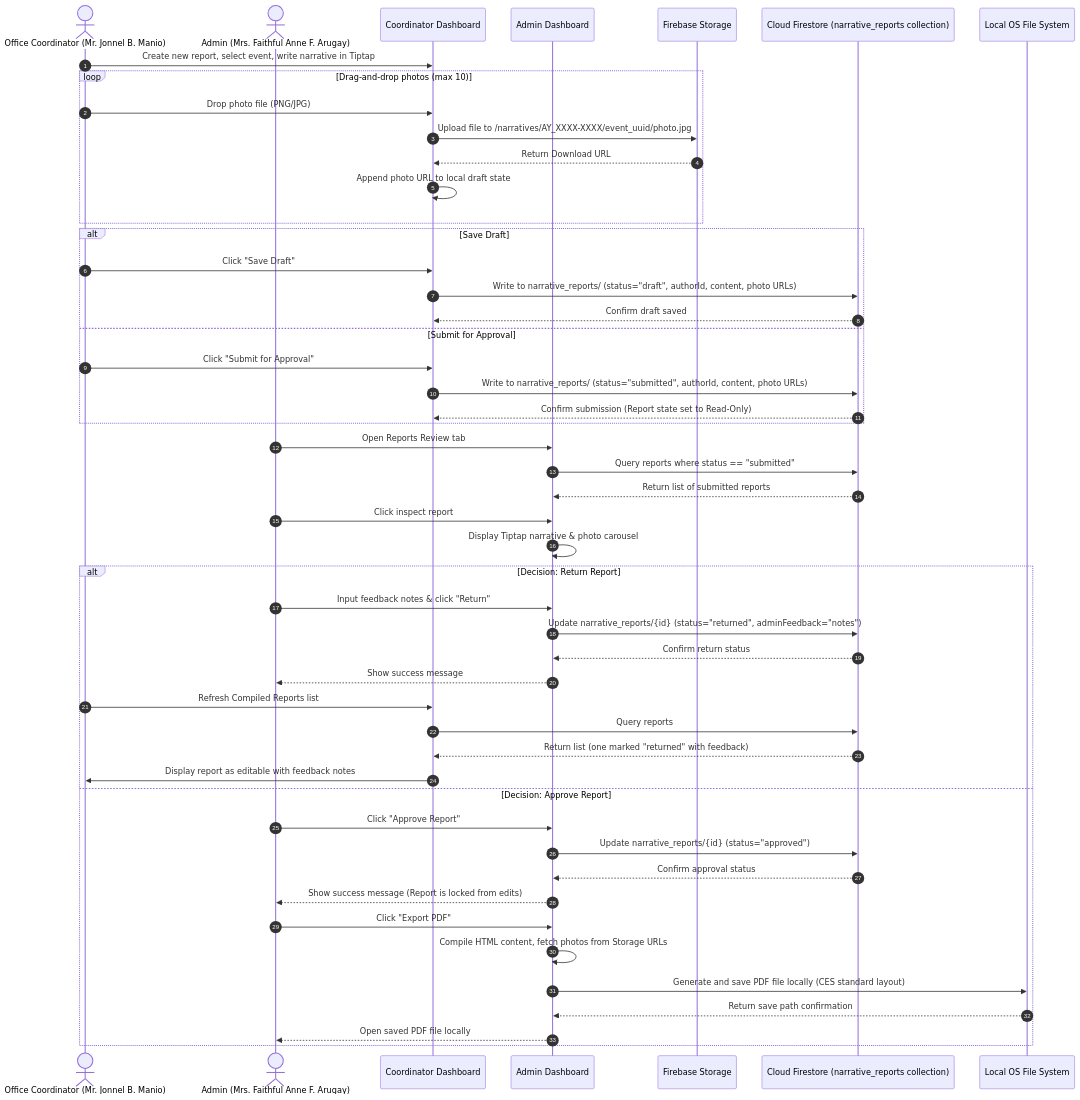
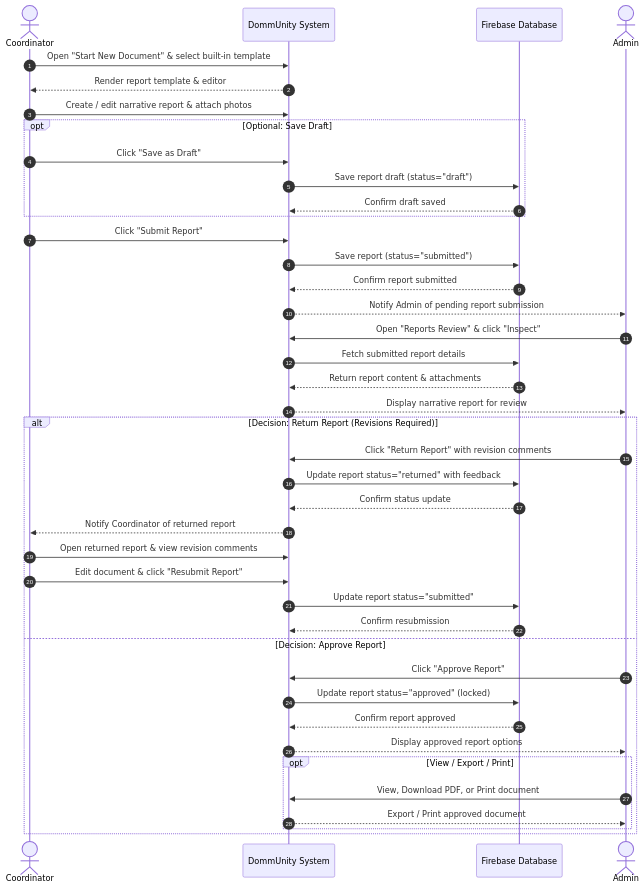
Before and after one commit to BenidictJustin/DESKTOP-APP: the tenth of 10 diagrams in docs/MANUSCRIPT.md, drawn with Mermaid. The commit also changed other lines of this file and 22 other files, not shown here.

Commit message:
Update drawio diagrams, docs, electron main process, components and dashboards

````diff
--- a/docs/MANUSCRIPT.md
+++ b/docs/MANUSCRIPT.md
@@ -923,63 +934,52 @@
 ```mermaid
 sequenceDiagram
     autonumber
-    actor Coord as Office Coordinator (Mr. Jonnel B. Manio)
-    actor Admin as Admin (Mrs. Faithful Anne F. Arugay)
-    participant UI_C as Coordinator Dashboard
-    participant UI_A as Admin Dashboard
-    participant ST as Firebase Storage
-    participant FS as Cloud Firestore (narrative_reports collection)
-    participant Local as Local OS File System
+    actor Coord as Coordinator
+    participant UI as DommUnity System
+    participant FS as Firebase Database
+    actor Admin as Admin
 
-    %% 1. Report Draft & Photo Upload
-    Coord->>UI_C: Create new report, select event, write narrative in Tiptap
-    loop Drag-and-drop photos (max 10)
-        Coord->>UI_C: Drop photo file (PNG/JPG)
-        UI_C->>ST: Upload file to /narratives/AY_XXXX-XXXX/event_uuid/photo.jpg
-        ST-->>UI_C: Return Download URL
-        UI_C->>UI_C: Append photo URL to local draft state
+    %% 1. Document Creation & Editing
+    Coord->>UI: Open "Start New Document" & select built-in template
+    UI-->>Coord: Render report template & editor
+    Coord->>UI: Create / edit narrative report & attach photos
+
+    %% 2. Optional Save as Draft
+    opt Optional: Save Draft
+        Coord->>UI: Click "Save as Draft"
+        UI->>FS: Save report draft (status="draft")
+        FS-->>UI: Confirm draft saved
     end
 
-    %% 2. Save & Submit
-    alt Save Draft
-        Coord->>UI_C: Click "Save Draft"
-        UI_C->>FS: Write to narrative_reports/ (status="draft", authorId, content, photo URLs)
-        FS-->>UI_C: Confirm draft saved
-    else Submit for Approval
-        Coord->>UI_C: Click "Submit for Approval"
-        UI_C->>FS: Write to narrative_reports/ (status="submitted", authorId, content, photo URLs)
-        FS-->>UI_C: Confirm submission (Report state set to Read-Only)
-    end
+    %% 3. Report Submission
+    Coord->>UI: Click "Submit Report"
+    UI->>FS: Save report (status="submitted")
+    FS-->>UI: Confirm report submitted
+    UI-->>Admin: Notify Admin of pending report submission
 
-    %% 3. Admin Review Queue
-    Admin->>UI_A: Open Reports Review tab
-    UI_A->>FS: Query reports where status == "submitted"
-    FS-->>UI_A: Return list of submitted reports
-    Admin->>UI_A: Click inspect report
-    UI_A->>UI_A: Display Tiptap narrative & photo carousel
+    %% 4. Admin Review & Decision
+    Admin->>UI: Open "Reports Review" & click "Inspect"
+    UI->>FS: Fetch submitted report details
+    FS-->>UI: Return report content & attachments
+    UI-->>Admin: Display narrative report for review
 
-    %% 4. Review Decisions
-    alt Decision: Return Report
-        Admin->>UI_A: Input feedback notes & click "Return"
-        UI_A->>FS: Update narrative_reports/{id} (status="returned", adminFeedback="notes")
-        FS-->>UI_A: Confirm return status
-        UI_A-->>Admin: Show success message
-        %% Coord gets updated status on dashboard refresh
-        Coord->>UI_C: Refresh Compiled Reports list
-        UI_C->>FS: Query reports
-        FS-->>UI_C: Return list (one marked "returned" with feedback)
-        UI_C->>Coord: Display report as editable with feedback notes
+    alt Decision: Return Report (Revisions Required)
+        Admin->>UI: Click "Return Report" with revision comments
+        UI->>FS: Update report status="returned" with feedback
+        FS-->>UI: Confirm status update
+        UI-->>Coord: Notify Coordinator of returned report
+        Coord->>UI: Open returned report & view revision comments
+        Coord->>UI: Edit document & click "Resubmit Report"
+        UI->>FS: Update report status="submitted"
+        FS-->>UI: Confirm resubmission
     else Decision: Approve Report
-        Admin->>UI_A: Click "Approve Report"
-        UI_A->>FS: Update narrative_reports/{id} (status="approved")
-        FS-->>UI_A: Confirm approval status
-        UI_A-->>Admin: Show success message (Report is locked from edits)
-        
-        %% 5. Export PDF
-        Admin->>UI_A: Click "Export PDF"
-        UI_A->>UI_A: Compile HTML content, fetch photos from Storage URLs
-        UI_A->>Local: Generate and save PDF file locally (CES standard layout)
-        Local-->>UI_A: Return save path confirmation
-        UI_A-->>Admin: Open saved PDF file locally
+        Admin->>UI: Click "Approve Report"
+        UI->>FS: Update report status="approved" (locked)
+        FS-->>UI: Confirm report approved
+        UI-->>Admin: Display approved report options
+        opt View / Export / Print
+            Admin->>UI: View, Download PDF, or Print document
+            UI-->>Admin: Export / Print approved document
+        end
     end
 ```
````
